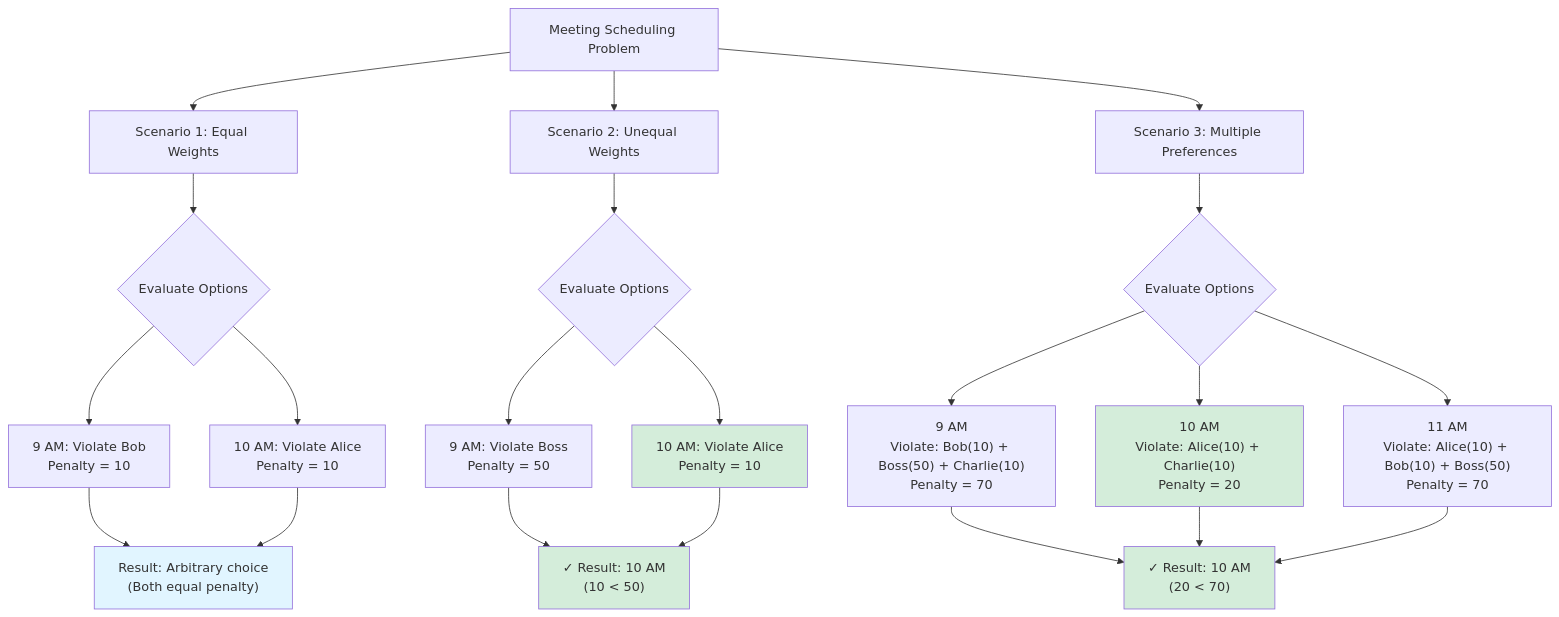
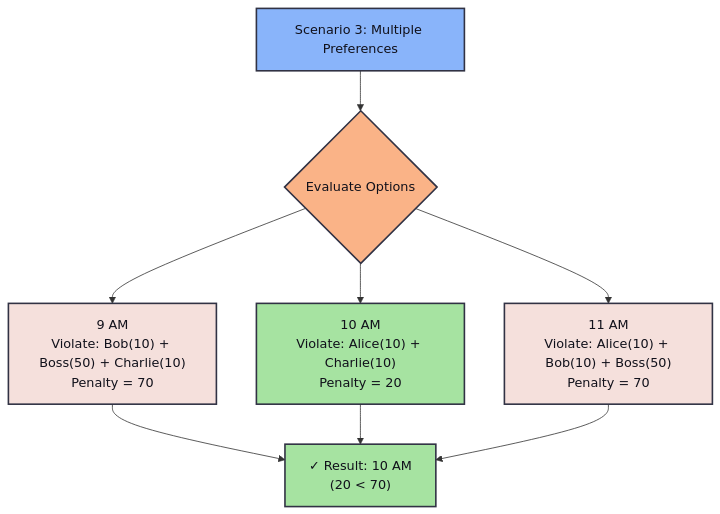
One commit to icub3d/z3-rs changed the third of 3 diagrams in part_03_optimizer/README.md. Above: the diagram before and after it, drawn with Mermaid. The commit also changed other lines of this file and 2 other files, not shown here.

````diff
--- a/part_03_optimizer/README.md
+++ b/part_03_optimizer/README.md
@@ -88,32 +117,17 @@
 ```mermaid
 flowchart TD
-    Start[Meeting Scheduling Problem] --> Scenario1[Scenario 1: Equal Weights]
-    Start --> Scenario2[Scenario 2: Unequal Weights]
-    Start --> Scenario3[Scenario 3: Multiple Preferences]
-    
-    Scenario1 --> S1_Options{Evaluate Options}
-    S1_Options --> S1_9AM["9 AM: Violate Bob<br/>Penalty = 10"]
-    S1_Options --> S1_10AM["10 AM: Violate Alice<br/>Penalty = 10"]
-    S1_9AM --> S1_Result["Result: Arbitrary choice<br/>(Both equal penalty)"]
-    S1_10AM --> S1_Result
-    
-    Scenario2 --> S2_Options{Evaluate Options}
-    S2_Options --> S2_9AM["9 AM: Violate Boss<br/>Penalty = 50"]
-    S2_Options --> S2_10AM["10 AM: Violate Alice<br/>Penalty = 10"]
-    S2_9AM --> S2_Result["✓ Result: 10 AM<br/>(10 < 50)"]
-    S2_10AM --> S2_Result
-    
-    Scenario3 --> S3_Options{Evaluate Options}
+    classDef default fill:#f5e0dc,stroke:#313244,stroke-width:2px,color:#11111b
+    classDef highlight fill:#a6e3a1,stroke:#313244,stroke-width:2px,color:#11111b
+    classDef neutral fill:#89dceb,stroke:#313244,stroke-width:2px,color:#11111b
+    classDef decision fill:#fab387,stroke:#313244,stroke-width:2px,color:#11111b
+    classDef scenario fill:#89b4fa,stroke:#313244,stroke-width:2px,color:#11111b
+
+    Scenario3[Scenario 3: Multiple Preferences]:::scenario
+    Scenario3 --> S3_Options{Evaluate Options}:::decision
     S3_Options --> S3_9AM["9 AM<br/>Violate: Bob(10) + Boss(50) + Charlie(10)<br/>Penalty = 70"]
-    S3_Options --> S3_10AM["10 AM<br/>Violate: Alice(10) + Charlie(10)<br/>Penalty = 20"]
+    S3_Options --> S3_10AM["10 AM<br/>Violate: Alice(10) + Charlie(10)<br/>Penalty = 20"]:::highlight
     S3_Options --> S3_11AM["11 AM<br/>Violate: Alice(10) + Bob(10) + Boss(50)<br/>Penalty = 70"]
-    S3_9AM --> S3_Result["✓ Result: 10 AM<br/>(20 < 70)"]
+    S3_9AM --> S3_Result["✓ Result: 10 AM<br/>(20 < 70)"]:::highlight
     S3_10AM --> S3_Result
     S3_11AM --> S3_Result
-    
-    style S1_Result fill:#e1f5ff
-    style S2_Result fill:#d4edda
-    style S3_Result fill:#d4edda
-    style S2_10AM fill:#d4edda
-    style S3_10AM fill:#d4edda
 ```
````
